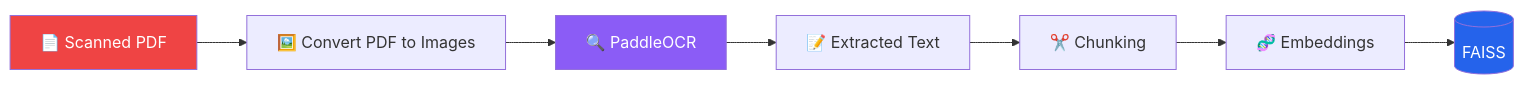
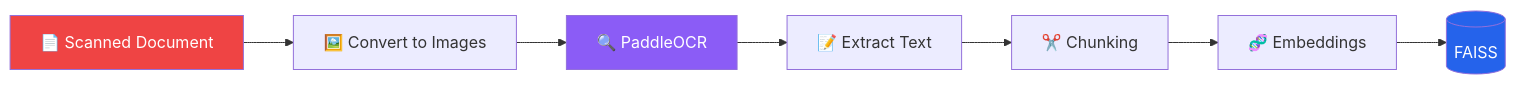
The second of 2 diagrams in README.md (Hrishav720/OmniRAG-AI), drawn with Mermaid before and after one commit. The commit also changed other lines of this file, not shown here.

````diff
--- a/README.md
+++ b/README.md
@@ -173,15 +236,15 @@
 ```mermaid
 flowchart LR
 
-    A[📄 Scanned PDF]
-    --> B[🖼️ Convert PDF to Images]
+    A[📄 Scanned Document]
+    --> B[🖼️ Convert to Images]
     --> C[🔍 PaddleOCR]
-    --> D[📝 Extracted Text]
+    --> D[📝 Extract Text]
     --> E[✂️ Chunking]
     --> F[🧬 Embeddings]
     --> G[(FAISS)]
 
     style A fill:#EF4444,color:#fff
     style C fill:#8B5CF6,color:#fff
     style G fill:#2563EB,color:#fff
 ```
````
